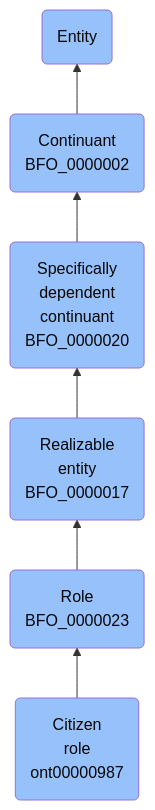
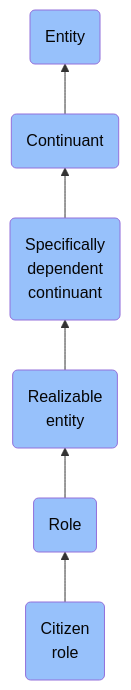
Before and after one commit to jupyter-naas/abi: the diagram in docs/ontology/reference/model/Entity/Continuant/Specifically dependent continuant/Realizable entity/Role/Citizen role/Citizen role.md, drawn with Mermaid. The commit also changed other lines of this file and 1430 other files, not shown here.

````diff
--- a/docs/ontology/reference/model/Entity/Continuant/Specifically dependent continuant/Realizable entity/Role/Citizen role/Citizen role.md
+++ b/docs/ontology/reference/model/Entity/Continuant/Specifically dependent continuant/Realizable entity/Role/Citizen role/Citizen role.md
@@ -24,13 +24,13 @@
 ```mermaid
 graph BT
-    ont00000987(Citizen<br>role<br>ont00000987):::BFO-->BFO_0000023
-    BFO_0000023(Role<br>BFO_0000023):::BFO-->BFO_0000017
-    BFO_0000017(Realizable<br>entity<br>BFO_0000017):::BFO-->BFO_0000020
-    BFO_0000020(Specifically<br>dependent<br>continuant<br>BFO_0000020):::BFO-->BFO_0000002
-    BFO_0000002(Continuant<br>BFO_0000002):::BFO-->BFO_0000001
+    ont00000987(Citizen<br>role):::BFO-->BFO_0000023
+    BFO_0000023(Role):::BFO-->BFO_0000017
+    BFO_0000017(Realizable<br>entity):::BFO-->BFO_0000020
+    BFO_0000020(Specifically<br>dependent<br>continuant):::BFO-->BFO_0000002
+    BFO_0000002(Continuant):::BFO-->BFO_0000001
     BFO_0000001(Entity):::BFO
     
     classDef BFO fill:#97c1fb,color:#060606
     classDef CCO fill:#e4c51e,color:#060606
     classDef ABI fill:#48DD82,color:#060606
 ```
````
